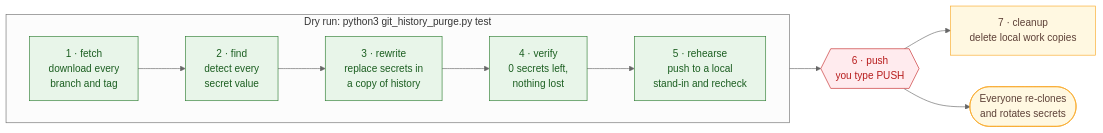
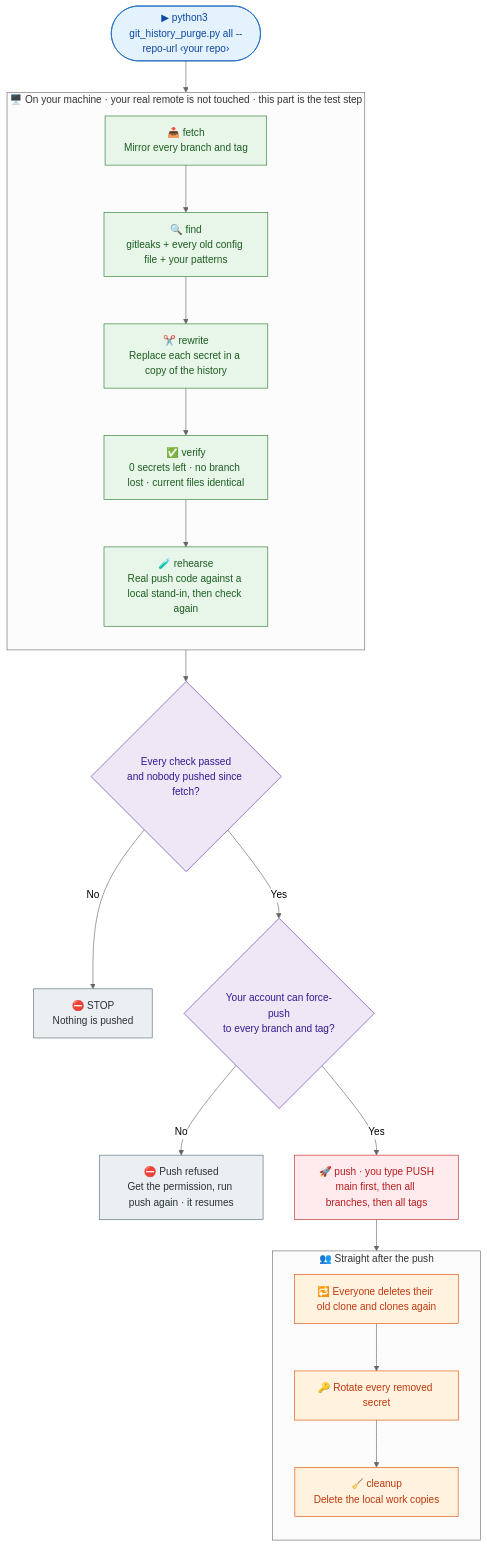
One commit to BrienAustinClayton/git-history-purge changed the first of 4 diagrams in README.md. Above: the diagram before and after it, drawn with Mermaid (neutral theme). The commit also changed other lines of this file, not shown here.

Commit message:
docs: redesign overview diagram and warn about force-push permission

````diff
--- a/README.md
+++ b/README.md
@@ -21,20 +21,49 @@
 ```mermaid
-flowchart LR
-    subgraph TEST["Dry run: python3 git_history_purge.py test"]
-        direction LR
-        F["1 · fetch<br/>download every<br/>branch and tag"] --> FI["2 · find<br/>detect every<br/>secret value"]
-        FI --> R["3 · rewrite<br/>replace secrets in<br/>a copy of history"]
-        R --> V["4 · verify<br/>0 secrets left,<br/>nothing lost"]
-        V --> RE["5 · rehearse<br/>push to a local<br/>stand-in and recheck"]
+flowchart TD
+    START(["▶ python3 git_history_purge.py all --repo-url ‹your repo›"])
+
+    subgraph LOCAL["🖥️ On your machine · your real remote is not touched · this part is the test step"]
+        direction TB
+        F["📥 fetch<br/>Mirror every branch and tag"]
+        FI["🔍 find<br/>gitleaks + every old config file + your patterns"]
+        R["✂️ rewrite<br/>Replace each secret in a copy of the history"]
+        V["✅ verify<br/>0 secrets left · no branch lost · current files identical"]
+        RE["🧪 rehearse<br/>Real push code against a local stand-in, then check again"]
+        F --> FI --> R --> V --> RE
     end
-    RE --> P{{"6 · push<br/>you type PUSH"}}
-    P --> C["7 · cleanup<br/>delete local work copies"]
-    P --> RC(["Everyone re-clones<br/>and rotates secrets"])
 
+    GATE{"Every check passed<br/>and nobody pushed since fetch?"}
+    STOP["⛔ STOP<br/>Nothing is pushed"]
+    PERM{"Your account can force-push<br/>to every branch and tag?"}
+    DENIED["⛔ Push refused<br/>Get the permission, run push again · it resumes"]
+    P["🚀 push · you type PUSH<br/>main first, then all branches, then all tags"]
+
+    subgraph TEAM["👥 Straight after the push"]
+        direction TB
+        RC["🔁 Everyone deletes their old clone and clones again"]
+        ROT["🔑 Rotate every removed secret"]
+        C["🧹 cleanup<br/>Delete the local work copies"]
+        RC --> ROT --> C
+    end
+
+    START --> F
+    RE --> GATE
+    GATE -- No --> STOP
+    GATE -- Yes --> PERM
+    PERM -- No --> DENIED
+    PERM -- Yes --> P
+    P --> RC
+
+    classDef start fill:#e3f2fd,stroke:#1565c0,color:#0d47a1
     classDef safe fill:#e8f5e9,stroke:#2e7d32,color:#1b5e20
+    classDef check fill:#ede7f6,stroke:#5e35b1,color:#311b92
+    classDef stop fill:#eceff1,stroke:#546e7a,color:#263238
     classDef danger fill:#ffebee,stroke:#c62828,color:#b71c1c
-    classDef after fill:#fff8e1,stroke:#f9a825,color:#5d4037
+    classDef critical fill:#fff3e0,stroke:#e65100,color:#bf360c
+    class START start
     class F,FI,R,V,RE safe
+    class GATE,PERM check
+    class STOP,DENIED stop
     class P danger
-    class C,RC after
+    class RC,ROT,C critical
 ```
````
